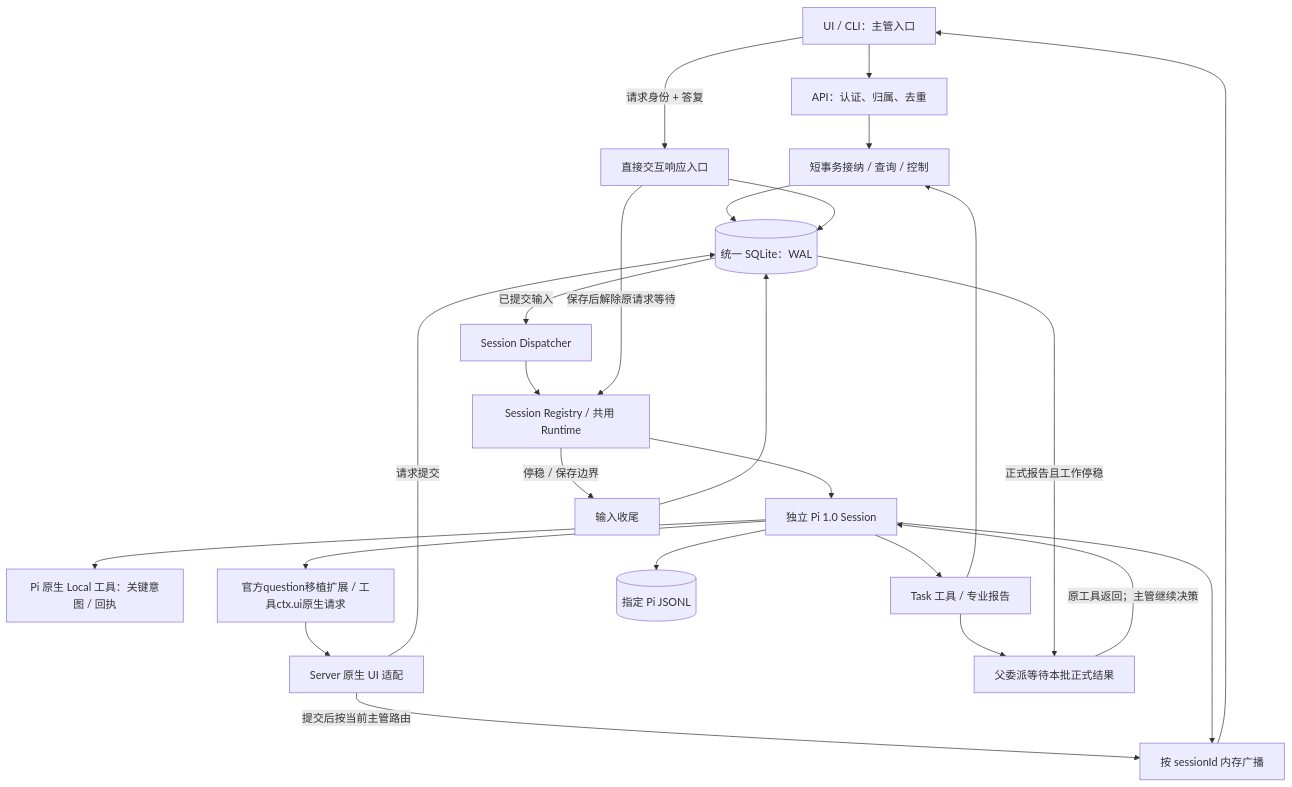
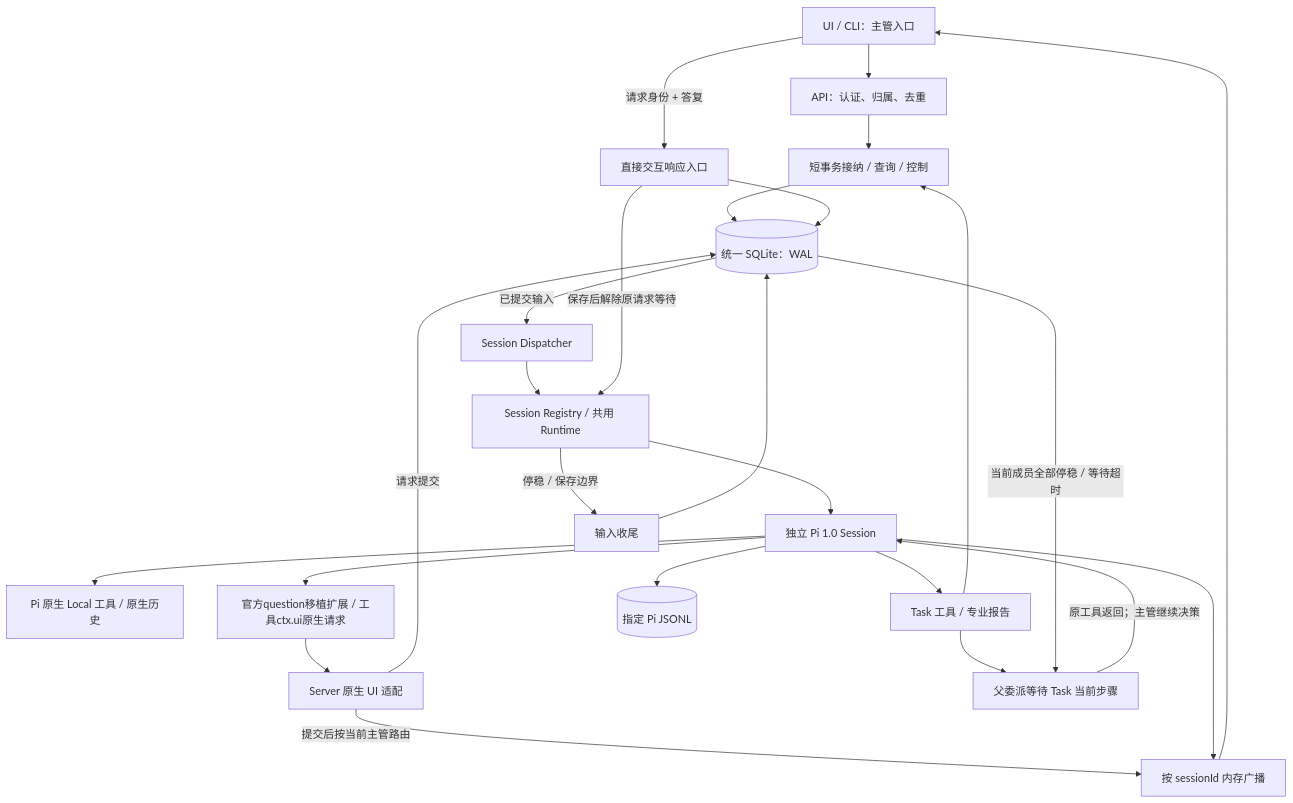
Before and after one commit to mojiaicrypto-ops/Kaiming: the first of 3 diagrams in docs/technicalnew/architecture.md, drawn with Mermaid. The commit also changed other lines of this file and 31 other files, not shown here.

````diff
--- a/docs/technicalnew/architecture.md
+++ b/docs/technicalnew/architecture.md
@@ -9,27 +9,27 @@
 ```mermaid
 flowchart TB
   UI[UI / CLI：主管入口] --> API[API：认证、归属、去重]
   API --> STORE[短事务接纳 / 查询 / 控制]
   STORE --> DB[(统一 SQLite：WAL)]
   DB -->|已提交输入| DISPATCH[Session Dispatcher]
   DISPATCH --> RUNTIME[Session Registry / 共用 Runtime]
   RUNTIME --> PI[独立 Pi 1.0 Session]
-  PI --> LOCAL[Pi 原生 Local 工具：关键意图 / 回执]
+  PI --> LOCAL[Pi 原生 Local 工具 / 原生历史]
   PI --> TOOLS[Task 工具 / 专业报告]
   PI --> NATIVE[官方question移植扩展 / 工具ctx.ui原生请求]
   NATIVE --> ADAPTER[Server 原生 UI 适配]
   ADAPTER -->|请求提交| DB
   ADAPTER -->|提交后按当前主管路由| HUB
   TOOLS --> STORE
-  TOOLS --> WAIT[父委派等待本批正式结果]
-  DB -->|正式报告且工作停稳| WAIT
+  TOOLS --> WAIT[父委派等待 Task 当前步骤]
+  DB -->|当前成员全部停稳 / 等待超时| WAIT
   WAIT -->|原工具返回；主管继续决策| PI
   PI --> HISTORY[(指定 Pi JSONL)]
   PI --> HUB[按 sessionId 内存广播]
   HUB --> UI
   UI -->|请求身份 + 答复| RESPONSE[直接交互响应入口]
   RESPONSE --> DB
   RESPONSE -->|保存后解除原请求等待| RUNTIME
   RUNTIME -->|停稳 / 保存边界| FINISH[输入收尾]
   FINISH --> DB
 ```
````
